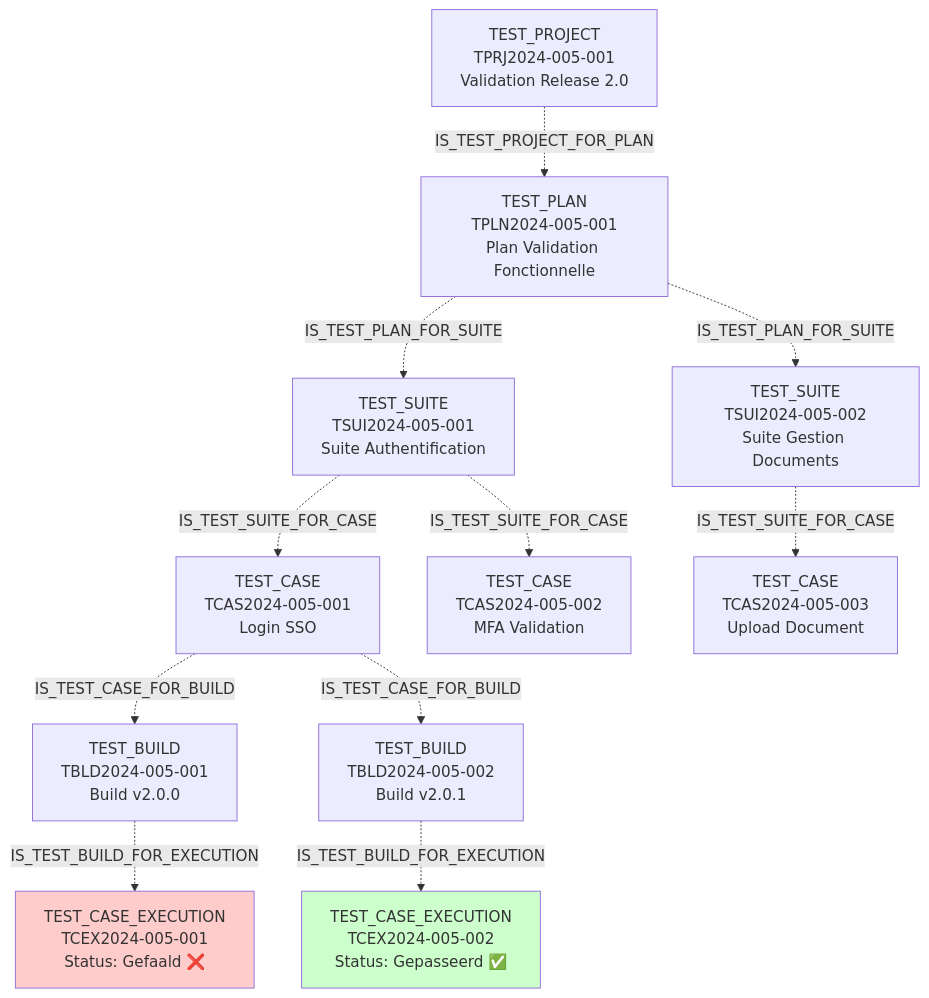
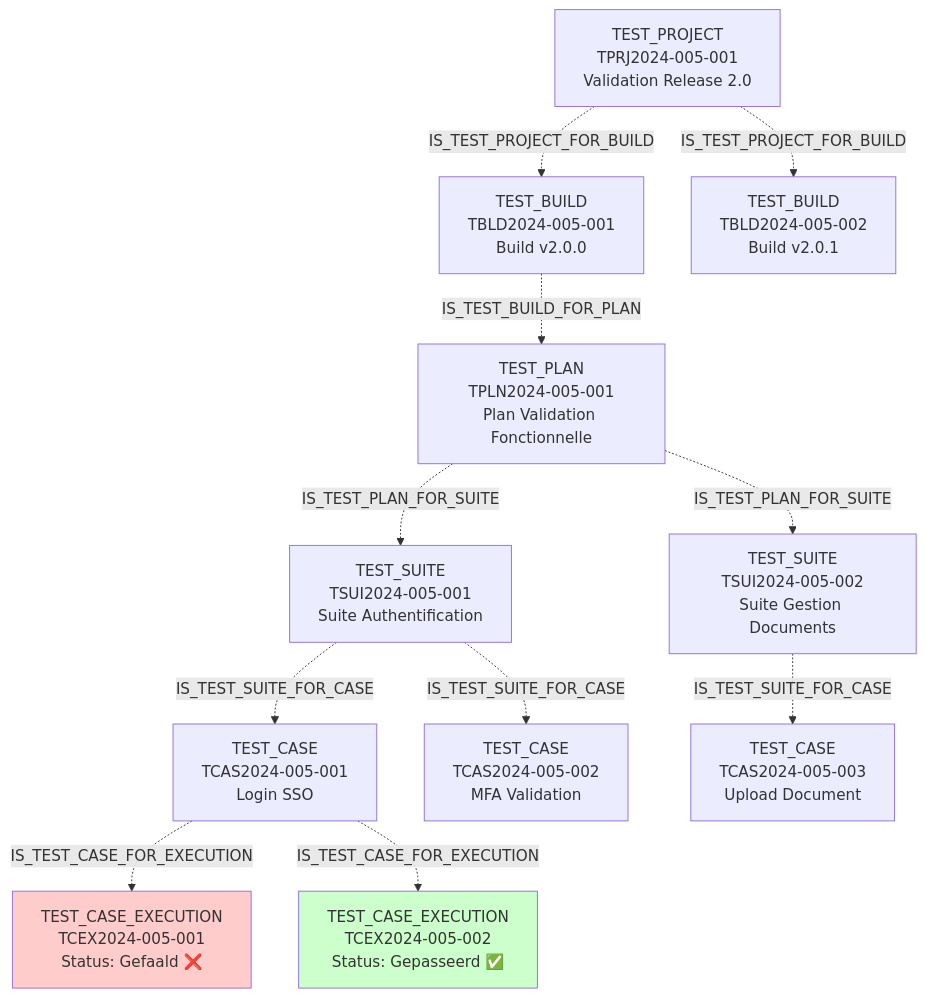
One commit to infrasoftbe/vnv-doc changed the fourth of 23 diagrams in vnv-doc-content/docs/information_model_final.md. Above: the diagram before and after it, drawn with Mermaid. The commit also changed 1 other file, not shown here.

Commit message:
Add test builds and update mermaid graph
Switch workspace to preview mode for information_model_final.md. Update the Mermaid diagram by adding two build nodes (TBLD1, TBLD2), linking the project to those builds and a build to the plan, and removing duplicate build declarations. Also adjust relationships so test cases link directly to test case executions (replacing previous case->build and build->execution edges).

````diff
--- a/vnv-doc-content/docs/information_model_final.md
+++ b/vnv-doc-content/docs/information_model_final.md
@@ -343,41 +343,40 @@
 ```mermaid
 graph TB
     TPRJ[TEST_PROJECT<br/>TPRJ2024-005-001<br/>Validation Release 2.0]
+    
+    TBLD1[TEST_BUILD<br/>TBLD2024-005-001<br/>Build v2.0.0]
+    
+    TBLD2[TEST_BUILD<br/>TBLD2024-005-002<br/>Build v2.0.1]
     
     TPLN[TEST_PLAN<br/>TPLN2024-005-001<br/>Plan Validation Fonctionnelle]
     
     TSUI1[TEST_SUITE<br/>TSUI2024-005-001<br/>Suite Authentification]
     
     TSUI2[TEST_SUITE<br/>TSUI2024-005-002<br/>Suite Gestion Documents]
     
     TCAS1[TEST_CASE<br/>TCAS2024-005-001<br/>Login SSO]
     
     TCAS2[TEST_CASE<br/>TCAS2024-005-002<br/>MFA Validation]
     
     TCAS3[TEST_CASE<br/>TCAS2024-005-003<br/>Upload Document]
     
-    TBLD1[TEST_BUILD<br/>TBLD2024-005-001<br/>Build v2.0.0]
-    
-    TBLD2[TEST_BUILD<br/>TBLD2024-005-002<br/>Build v2.0.1]
-    
     TCEX1[TEST_CASE_EXECUTION<br/>TCEX2024-005-001<br/>Status: Gefaald ❌]
     
     TCEX2[TEST_CASE_EXECUTION<br/>TCEX2024-005-002<br/>Status: Gepasseerd ✅]
     
-    TPRJ -.->|IS_TEST_PROJECT_FOR_PLAN| TPLN
+    TPRJ -.->|IS_TEST_PROJECT_FOR_BUILD| TBLD1
+    TPRJ -.->|IS_TEST_PROJECT_FOR_BUILD| TBLD2
+    TBLD1 -.->|IS_TEST_BUILD_FOR_PLAN| TPLN
     TPLN -.->|IS_TEST_PLAN_FOR_SUITE| TSUI1
     TPLN -.->|IS_TEST_PLAN_FOR_SUITE| TSUI2
     
     TSUI1 -.->|IS_TEST_SUITE_FOR_CASE| TCAS1
     TSUI1 -.->|IS_TEST_SUITE_FOR_CASE| TCAS2
     TSUI2 -.->|IS_TEST_SUITE_FOR_CASE| TCAS3
     
-    TCAS1 -.->|IS_TEST_CASE_FOR_BUILD| TBLD1
-    TCAS1 -.->|IS_TEST_CASE_FOR_BUILD| TBLD2
-    
-    TBLD1 -.->|IS_TEST_BUILD_FOR_EXECUTION| TCEX1
-    TBLD2 -.->|IS_TEST_BUILD_FOR_EXECUTION| TCEX2
+    TCAS1 -.->|IS_TEST_CASE_FOR_EXECUTION| TCEX1
+    TCAS1 -.->|IS_TEST_CASE_FOR_EXECUTION| TCEX2
     
     style TCEX1 fill:#ffcccc
     style TCEX2 fill:#ccffcc
 ```
````
